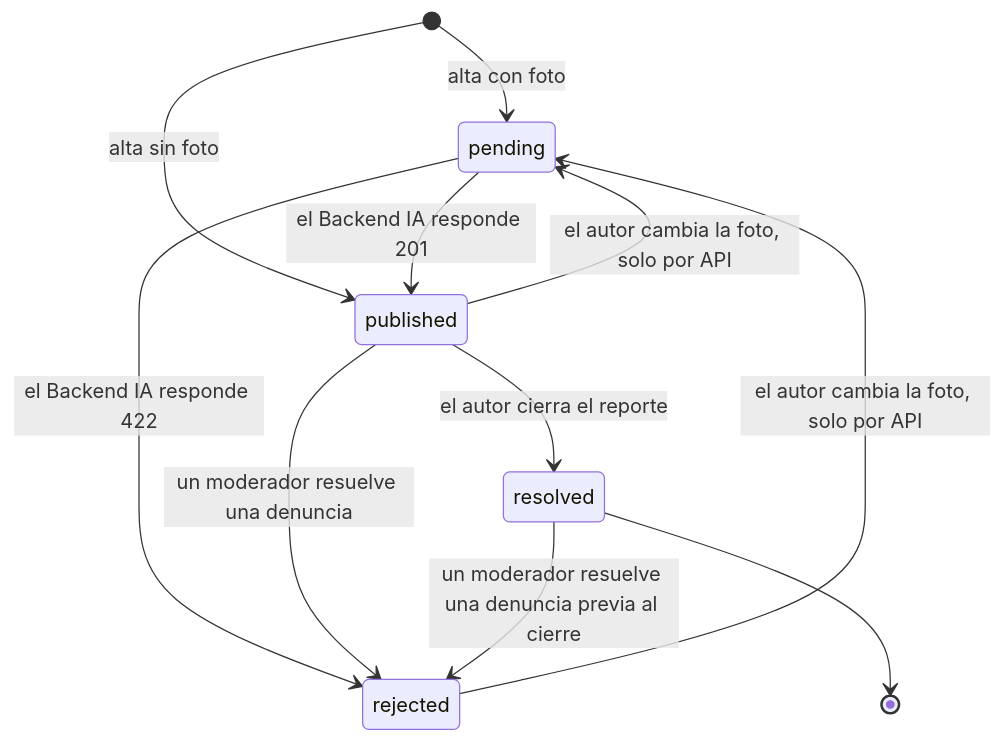
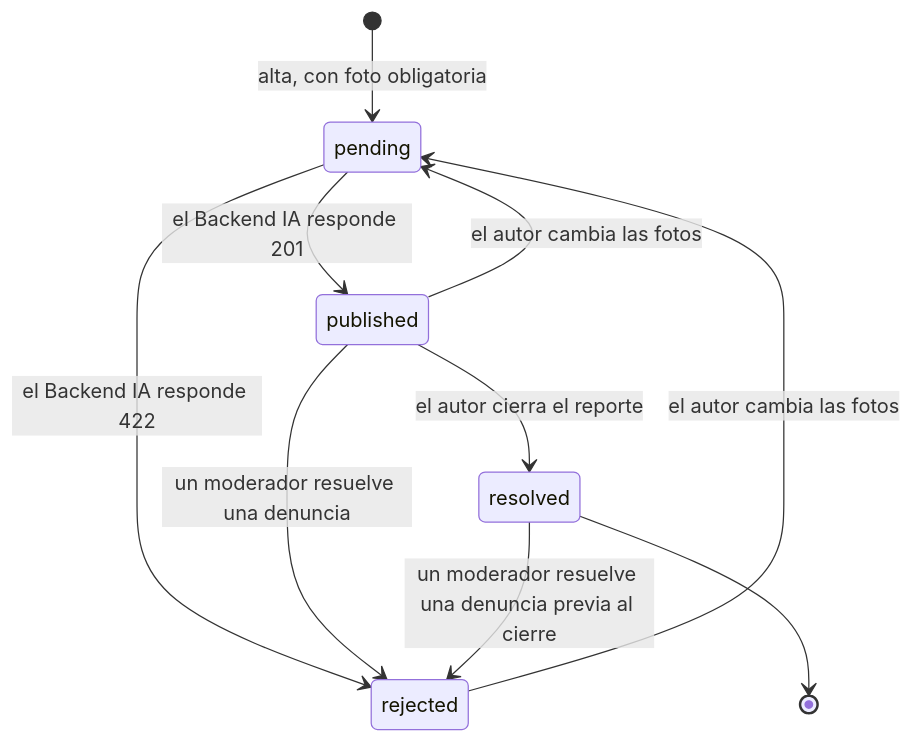
One commit to ISI-ProyectoFinal-2026/Grupo1 changed the third of 7 diagrams in docs/informe/1-2-2-2-historias-y-flujos.md. Above: the diagram before and after it, drawn with Mermaid. The commit also changed other lines of this file and 7 other files, not shown here.

````diff
--- a/docs/informe/1-2-2-2-historias-y-flujos.md
+++ b/docs/informe/1-2-2-2-historias-y-flujos.md
@@ -181,13 +183,12 @@
 ```mermaid
 stateDiagram-v2
-  [*] --> pending : alta con foto
-  [*] --> published : alta sin foto
+  [*] --> pending : alta, con foto obligatoria
   pending --> published : el Backend IA responde 201
   pending --> rejected : el Backend IA responde 422
   published --> resolved : el autor cierra el reporte
   published --> rejected : un moderador resuelve una denuncia
   resolved --> rejected : un moderador resuelve una denuncia previa al cierre
-  published --> pending : el autor cambia la foto, solo por API
-  rejected --> pending : el autor cambia la foto, solo por API
+  published --> pending : el autor cambia las fotos
+  rejected --> pending : el autor cambia las fotos
   resolved --> [*]
 ```
````
